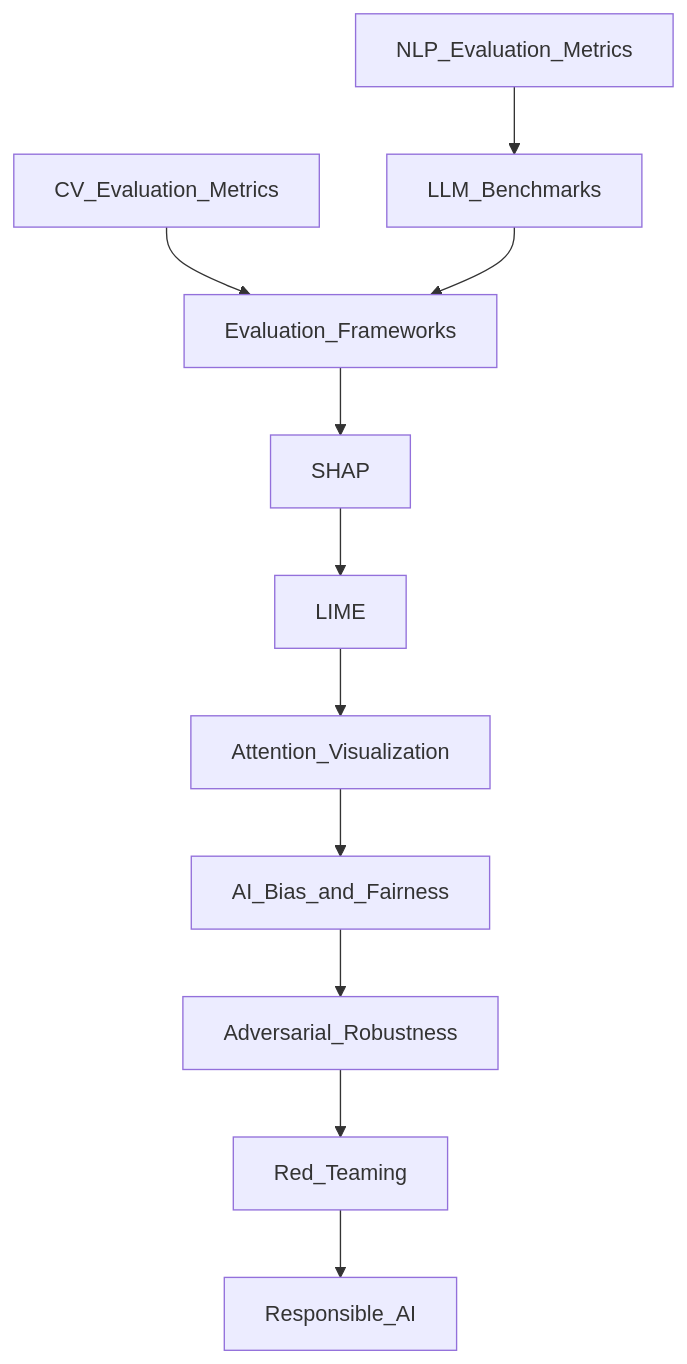
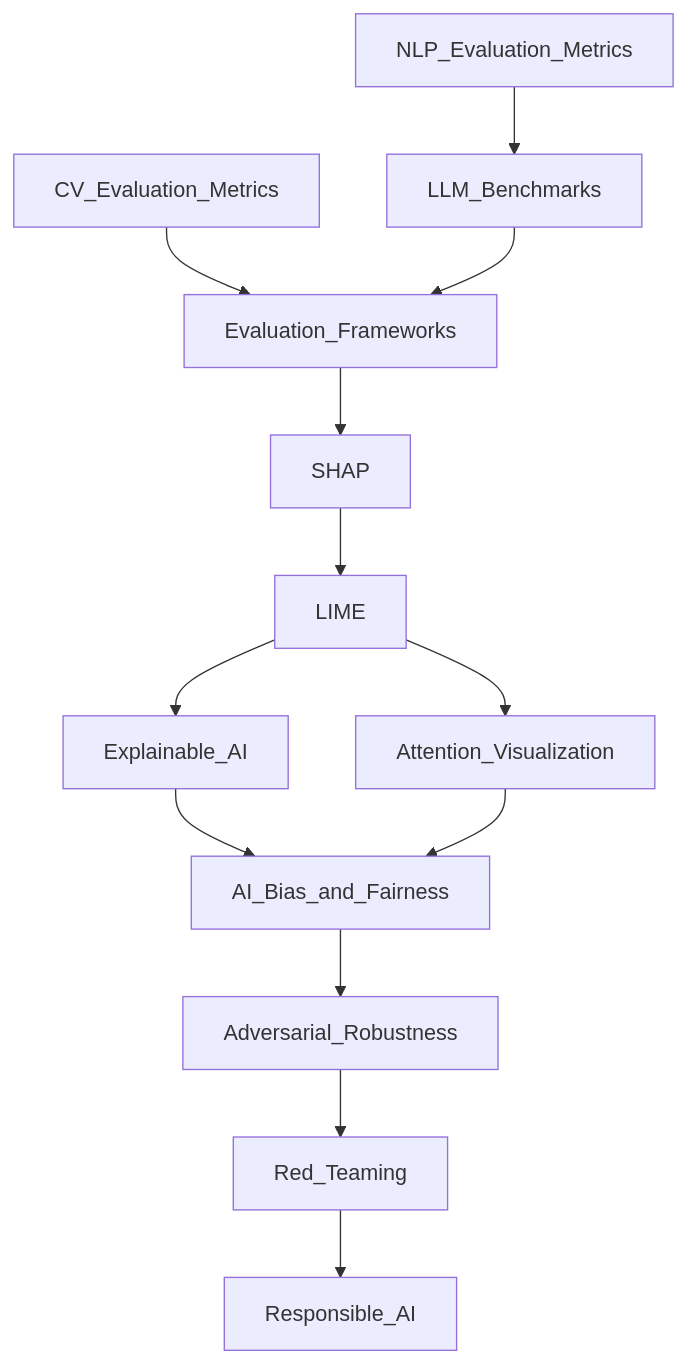
One commit to karanjain1601/Obsidian-Monday changed the diagram in AI-ML/10_Evaluation_and_Safety/_MOC_Evaluation_Safety.md. Above: the diagram before and after it, drawn with Mermaid. The commit also changed other lines of this file and 953 other files, not shown here.

````diff
--- a/AI-ML/10_Evaluation_and_Safety/_MOC_Evaluation_Safety.md
+++ b/AI-ML/10_Evaluation_and_Safety/_MOC_Evaluation_Safety.md
@@ -18,13 +18,15 @@
 ```mermaid
 graph TD
     NLPMetrics[NLP_Evaluation_Metrics] --> LLMBench[LLM_Benchmarks]
     CVMetrics[CV_Evaluation_Metrics] --> EvalFramework[Evaluation_Frameworks]
     LLMBench --> EvalFramework
     EvalFramework --> SHAP[SHAP]
     SHAP --> LIME[LIME]
     LIME --> Attention[Attention_Visualization]
+    LIME --> XAI[Explainable_AI]
+    XAI --> Bias[AI_Bias_and_Fairness]
     Attention --> Bias[AI_Bias_and_Fairness]
     Bias --> Adversarial[Adversarial_Robustness]
     Adversarial --> RedTeam[Red_Teaming]
     RedTeam --> Responsible[Responsible_AI]
 ```
````
